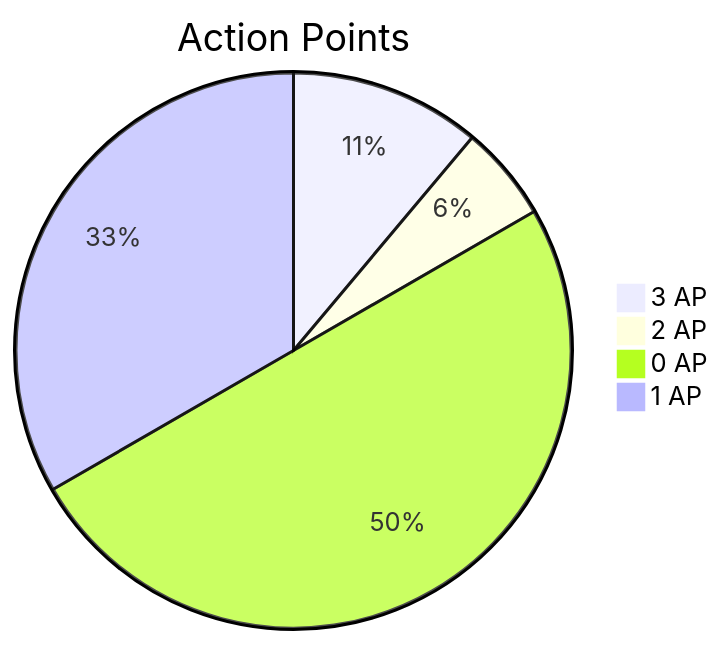
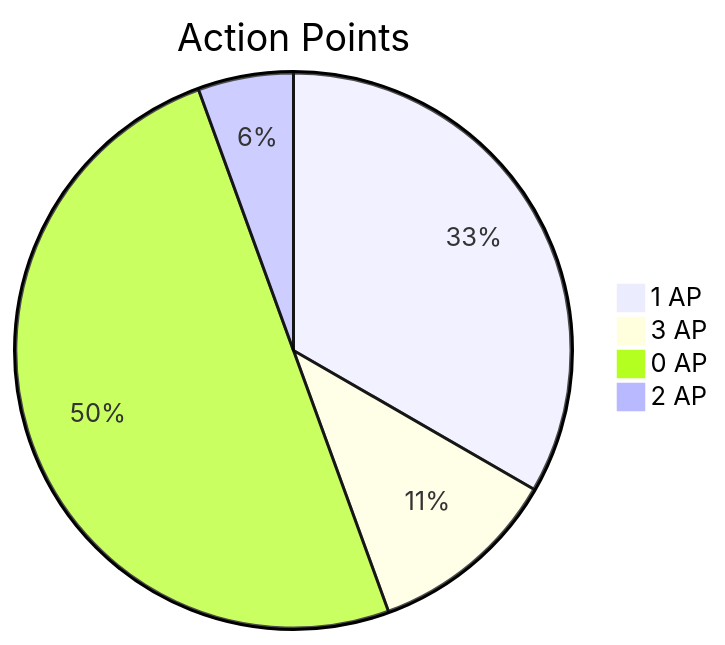
Before and after one commit to BigJk/end_of_eden: the first of 2 diagrams in docs/GAME_CONTENT_DOCS.md, drawn with Mermaid. The commit also changed other lines of this file and 1 other file, not shown here.

````diff
--- a/docs/GAME_CONTENT_DOCS.md
+++ b/docs/GAME_CONTENT_DOCS.md
@@ -61,8 +61,8 @@
 ```mermaid
 pie
 title Action Points
+"1 AP" : 6
 "3 AP" : 2
+"0 AP" : 9
 "2 AP" : 1
-"0 AP" : 9
-"1 AP" : 6
 ```
````
